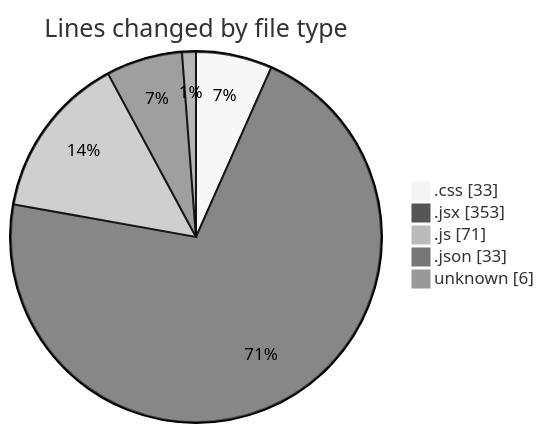
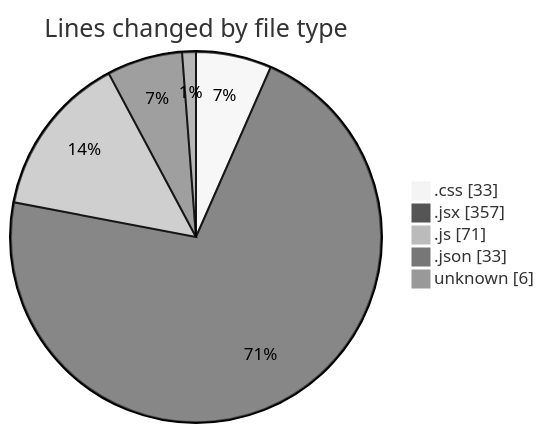
One commit to Elitesun/code-tracking changed the first of 2 diagrams in 2025-02-14/elitegpt/README.md. Above: the diagram before and after it, drawn with Mermaid (neutral theme). The commit also changed other lines of this file and 1 other file, not shown here.

````diff
--- a/2025-02-14/elitegpt/README.md
+++ b/2025-02-14/elitegpt/README.md
@@ -32,9 +32,9 @@
 ```mermaid
 pie showData
 title Lines changed by file type
 ".css" : 33
-".jsx" : 353
+".jsx" : 357
 ".js" : 71
 ".json" : 33
 "unknown" : 6
 ```
````
